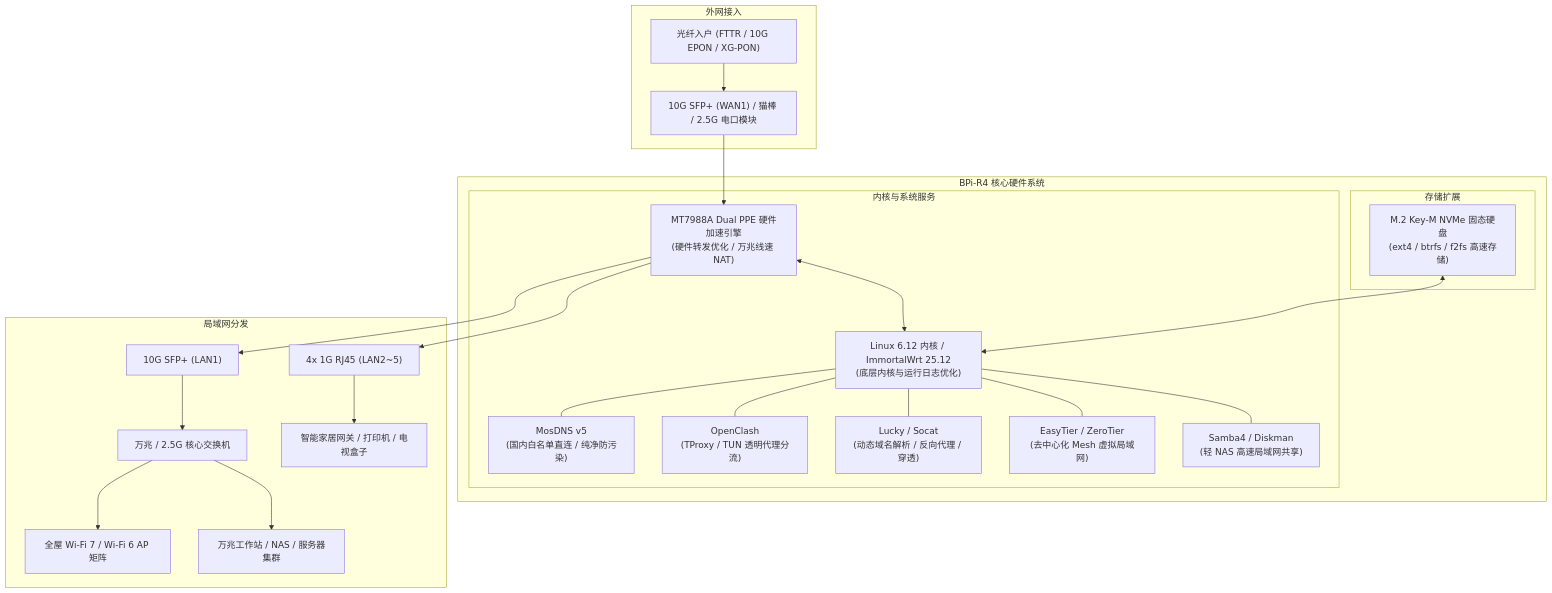
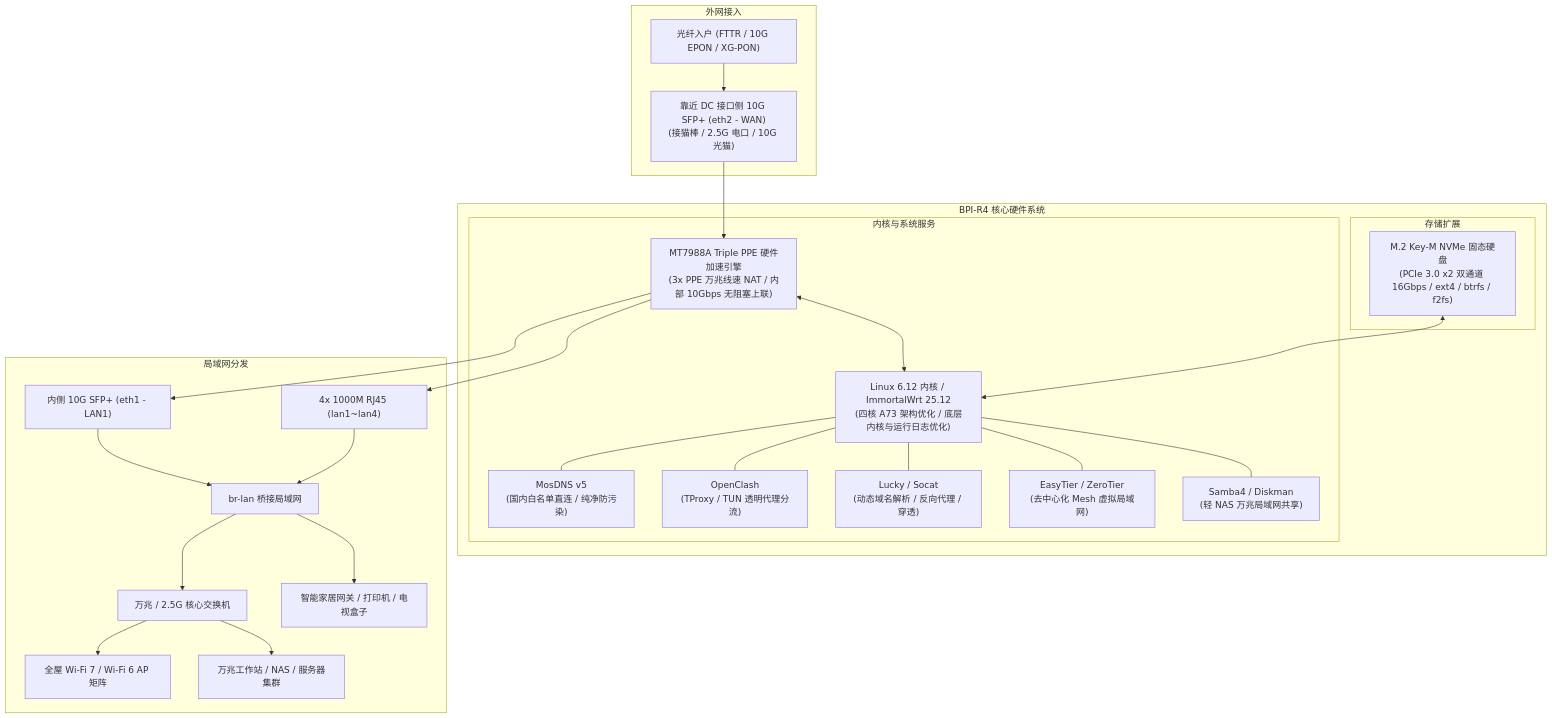
One commit to Apocalypse-Long/bpi-r4-builder changed the diagram in README.md. Above: the diagram before and after it, drawn with Mermaid. The commit also changed other lines of this file and 1 other file, not shown here.

Commit message:
docs: correct hardware specs, 2-pin switch mapping, eMMC activation, and unify BPI-R4 branding

````diff
--- a/README.md
+++ b/README.md
@@ -50,32 +50,33 @@
 ```mermaid
 flowchart TD
     subgraph 外网接入
-        WAN_IN["光纤入户 (FTTR / 10G EPON / XG-PON)"] --> SFP1["10G SFP+ (WAN1) / 猫棒 / 2.5G 电口模块"]
+        WAN_IN["光纤入户 (FTTR / 10G EPON / XG-PON)"] --> SFP1["靠近 DC 接口侧 10G SFP+ (eth2 - WAN)\n(接猫棒 / 2.5G 电口 / 10G 光猫)"]
     end
 
-    subgraph BPi-R4 核心硬件系统
-        SFP1 --> PPE["MT7988A Dual PPE 硬件加速引擎\n(硬件转发优化 / 万兆线速 NAT)"]
+    subgraph BPI-R4 核心硬件系统
+        SFP1 --> PPE["MT7988A Triple PPE 硬件加速引擎\n(3x PPE 万兆线速 NAT / 内部 10Gbps 无阻塞上联)"]
         
         subgraph 内核与系统服务
-            PPE <--> KERNEL["Linux 6.12 内核 / ImmortalWrt 25.12\n(底层内核与运行日志优化)"]
+            PPE <--> KERNEL["Linux 6.12 内核 / ImmortalWrt 25.12\n(四核 A73 架构优化 / 底层内核与运行日志优化)"]
             KERNEL --- MOSDNS["MosDNS v5\n(国内白名单直连 / 纯净防污染)"]
             KERNEL --- CLASH["OpenClash\n(TProxy / TUN 透明代理分流)"]
             KERNEL --- LUCKY["Lucky / Socat\n(动态域名解析 / 反向代理 / 穿透)"]
             KERNEL --- EASYTIER["EasyTier / ZeroTier\n(去中心化 Mesh 虚拟局域网)"]
-            KERNEL --- SAMBA["Samba4 / Diskman\n(轻 NAS 高速局域网共享)"]
+            KERNEL --- SAMBA["Samba4 / Diskman\n(轻 NAS 万兆局域网共享)"]
         end
 
         subgraph 存储扩展
-            NVME["M.2 Key-M NVMe 固态硬盘\n(ext4 / btrfs / f2fs 高速存储)"] <--> KERNEL
+            NVME["M.2 Key-M NVMe 固态硬盘\n(PCIe 3.0 x2 双通道 16Gbps / ext4 / btrfs / f2fs)"] <--> KERNEL
         end
     end
 
     subgraph 局域网分发
-        PPE --> SFP2["10G SFP+ (LAN1)"]
-        PPE --> RJ45["4x 1G RJ45 (LAN2~5)"]
-        SFP2 --> SWITCH["万兆 / 2.5G 核心交换机"]
+        PPE --> SFP2["内侧 10G SFP+ (eth1 - LAN1)"]
+        PPE --> RJ45["4x 1000M RJ45 (lan1~lan4)"]
+        SFP2 & RJ45 --> BRLAN["br-lan 桥接局域网"]
+        BRLAN --> SWITCH["万兆 / 2.5G 核心交换机"]
         SWITCH --> AP["全屋 Wi-Fi 7 / Wi-Fi 6 AP 矩阵"]
         SWITCH --> PC["万兆工作站 / NAS / 服务器集群"]
-        RJ45 --> IOT["智能家居网关 / 打印机 / 电视盒子"]
+        BRLAN --> IOT["智能家居网关 / 打印机 / 电视盒子"]
     end
 ```
````
